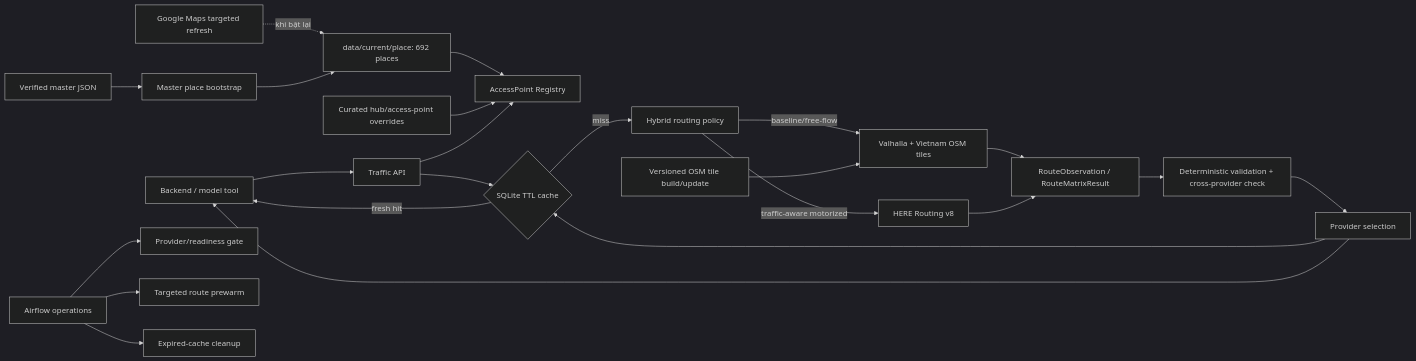
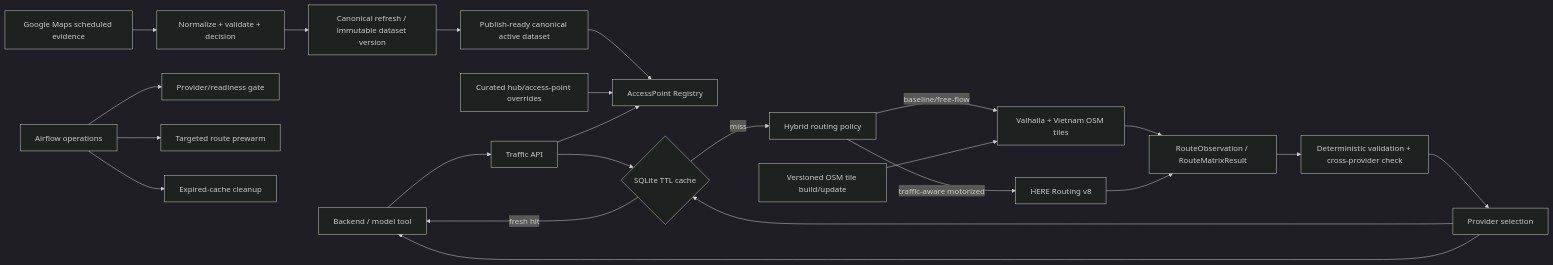
Before and after one commit to hieuxinloi/NexTripAI-KB: the diagram in docs/traffic-pipeline.md, drawn with Mermaid (dark theme). The commit also changed other lines of this file and 139 other files, not shown here.

````diff
--- a/docs/traffic-pipeline.md
+++ b/docs/traffic-pipeline.md
@@ -22,27 +22,27 @@
 ```mermaid
 flowchart LR
-    MASTER[Verified master JSON] --> BOOTSTRAP[Master place bootstrap]
-    GMAPS[Google Maps targeted refresh] -. khi bật lại .-> CURRENT
-    BOOTSTRAP --> CURRENT[data/current/place: 692 places]
-    CURRENT --> REGISTRY[AccessPoint Registry]
+    CANONICAL[Publish-ready canonical active dataset] --> REGISTRY[AccessPoint Registry]
+    GMAPS[Google Maps scheduled evidence] --> QUALITY[Normalize + validate + decision]
+    QUALITY --> PATCH[Canonical refresh / immutable dataset version]
+    PATCH --> CANONICAL
     OVERRIDE[Curated hub/access-point overrides] --> REGISTRY
 
     CLIENT[Backend / model tool] --> API[Traffic API]
     API --> REGISTRY
     API --> CACHE{SQLite TTL cache}
     CACHE -->|fresh hit| CLIENT
     CACHE -->|miss| POLICY[Hybrid routing policy]
     POLICY -->|baseline/free-flow| VALHALLA[Valhalla + Vietnam OSM tiles]
     POLICY -->|traffic-aware motorized| HERE[HERE Routing v8]
     VALHALLA --> NORMALIZE[RouteObservation / RouteMatrixResult]
     HERE --> NORMALIZE
     NORMALIZE --> QA[Deterministic validation + cross-provider check]
     QA --> SELECT[Provider selection]
     SELECT --> CACHE
     SELECT --> CLIENT
 
     AIRFLOW[Airflow operations] --> HEALTH[Provider/readiness gate]
     AIRFLOW --> PREWARM[Targeted route prewarm]
     AIRFLOW --> CLEANUP[Expired-cache cleanup]
     TILEJOB[Versioned OSM tile build/update] --> VALHALLA
 ```
````
